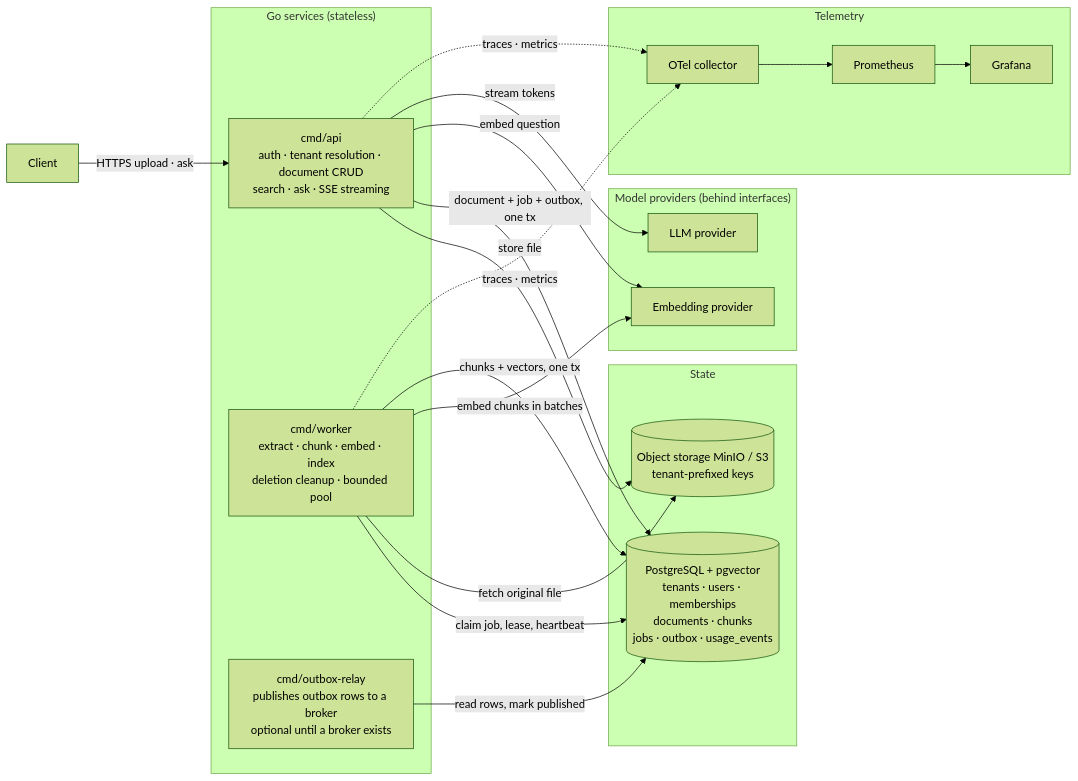
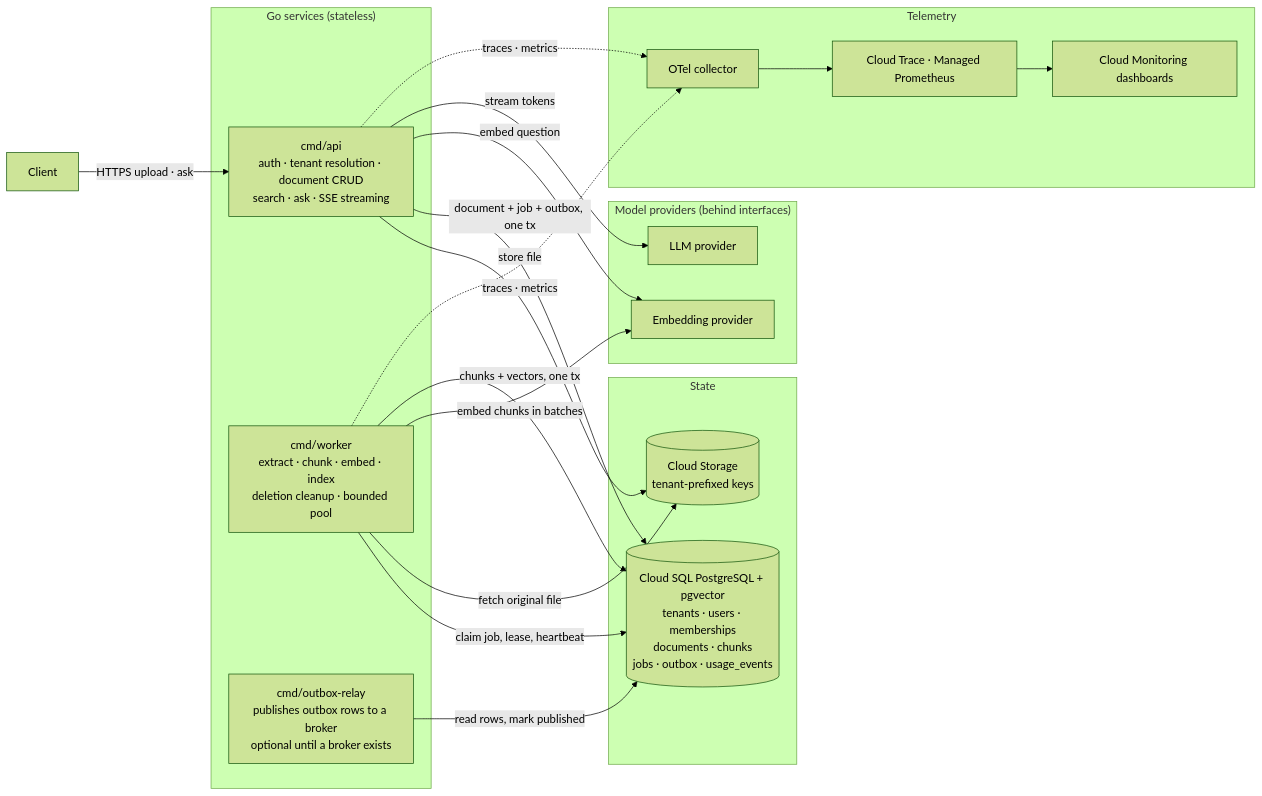
The second of 8 diagrams in docs/diagrams/architecture.md (kavish924/multi-tenant-rag), drawn with Mermaid (forest theme) before and after one commit. The commit also changed other lines of this file and 30 other files, not shown here.

````diff
--- a/docs/diagrams/architecture.md
+++ b/docs/diagrams/architecture.md
@@ -57,40 +57,40 @@
 ```mermaid
 flowchart LR
     C["Client"]
 
     subgraph platform["Go services (stateless)"]
         API["cmd/api<br/>auth · tenant resolution · document CRUD<br/>search · ask · SSE streaming"]
         W["cmd/worker<br/>extract · chunk · embed · index<br/>deletion cleanup · bounded pool"]
         RELAY["cmd/outbox-relay<br/>publishes outbox rows to a broker<br/>optional until a broker exists"]
     end
 
     subgraph state["State"]
-        PG[("PostgreSQL + pgvector<br/>tenants · users · memberships<br/>documents · chunks<br/>jobs · outbox · usage_events")]
-        OBJ[("Object storage MinIO / S3<br/>tenant-prefixed keys")]
+        PG[("Cloud SQL PostgreSQL + pgvector<br/>tenants · users · memberships<br/>documents · chunks<br/>jobs · outbox · usage_events")]
+        OBJ[("Cloud Storage<br/>tenant-prefixed keys")]
     end
 
     subgraph providers["Model providers (behind interfaces)"]
         EMB["Embedding provider"]
         LLM["LLM provider"]
     end
 
     subgraph telemetry["Telemetry"]
         OTC["OTel collector"]
-        PROM["Prometheus"]
-        GRAF["Grafana"]
+        PROM["Cloud Trace · Managed Prometheus"]
+        GRAF["Cloud Monitoring dashboards"]
     end
 
     C -->|"HTTPS upload · ask"| API
     API -->|"store file"| OBJ
     API -->|"document + job + outbox, one tx"| PG
     API -->|"embed question"| EMB
     API -->|"stream tokens"| LLM
     W -->|"claim job, lease, heartbeat"| PG
     W -->|"fetch original file"| OBJ
     W -->|"embed chunks in batches"| EMB
     W -->|"chunks + vectors, one tx"| PG
     RELAY -->|"read rows, mark published"| PG
     API -.->|"traces · metrics"| OTC
     W -.->|"traces · metrics"| OTC
     OTC --> PROM --> GRAF
 ```
````
